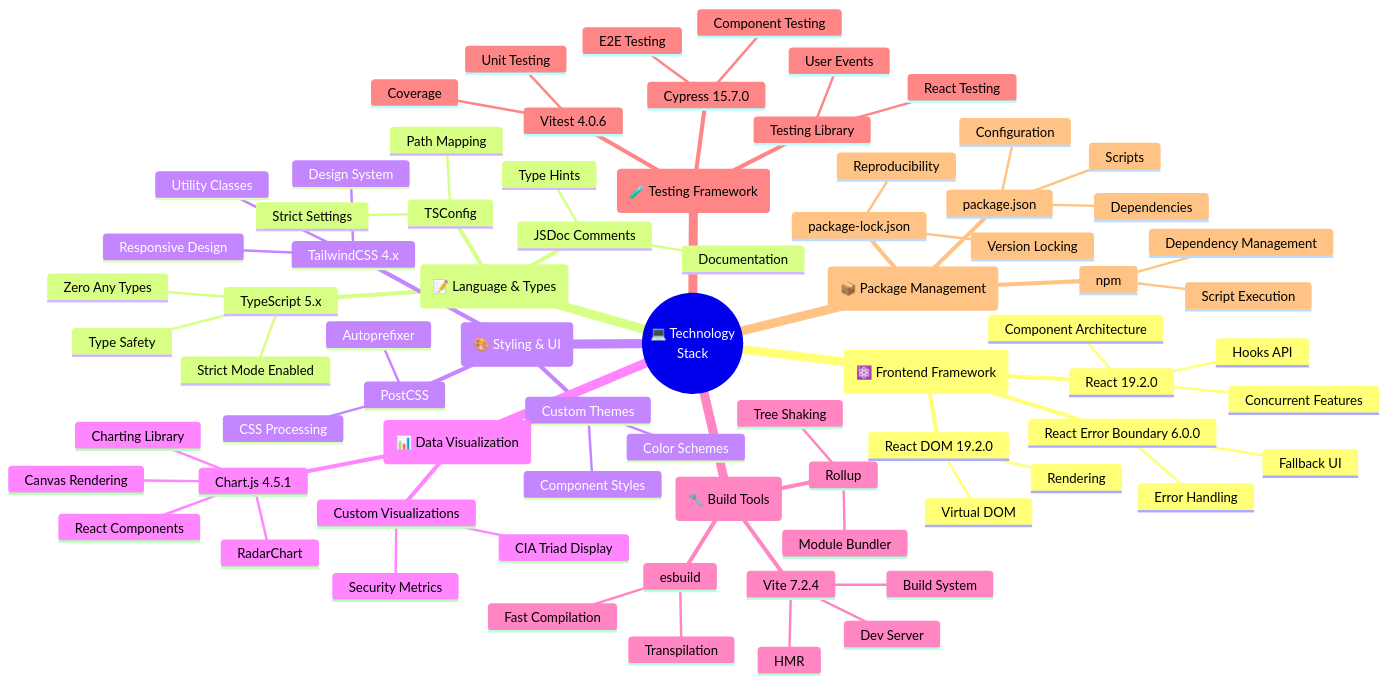
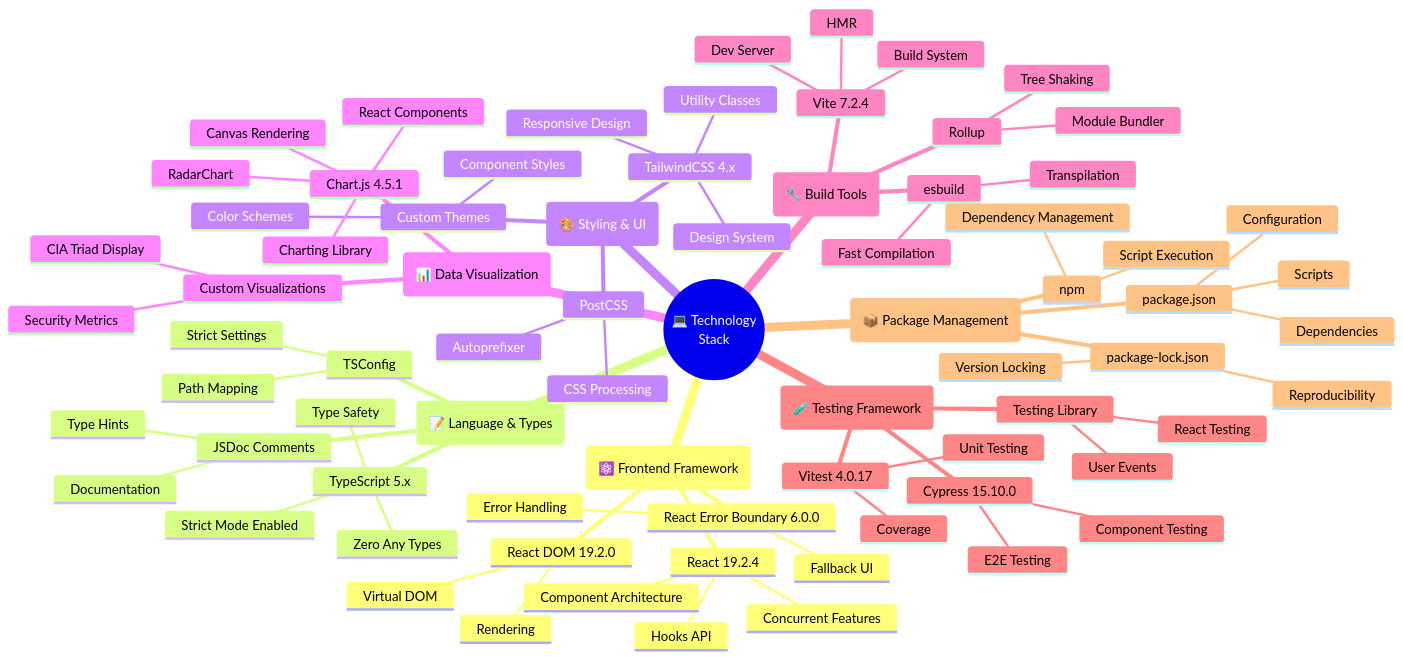
One commit to Hack23/cia-compliance-manager changed the eighth of 13 diagrams in docs/architecture/MINDMAP.md. Above: the diagram before and after it, drawn with Mermaid. The commit also changed other lines of this file and 7 other files, not shown here.

Commit message:
Update versions and dates across MINDMAP, THREAT_MODEL, WORKFLOWS, FLOWCHART, STATEDIAGRAM, DATA_MODEL, SECURITY_ARCHITECTURE, CRA-ASSESSMENT

````diff
--- a/docs/architecture/MINDMAP.md
+++ b/docs/architecture/MINDMAP.md
@@ -697,78 +697,78 @@
 ```mermaid
 mindmap
   root((💻 Technology<br/>Stack))
     (⚛️ Frontend Framework)
-      React 19.2.0
+      React 19.2.4
         Component Architecture
         Hooks API
         Concurrent Features
       React DOM 19.2.0
         Virtual DOM
         Rendering
       React Error Boundary 6.0.0
         Error Handling
         Fallback UI
     (📝 Language & Types)
       TypeScript 5.x
         Strict Mode Enabled
         Zero Any Types
         Type Safety
       JSDoc Comments
         Documentation
         Type Hints
       TSConfig
         Strict Settings
         Path Mapping
     (🎨 Styling & UI)
       TailwindCSS 4.x
         Utility Classes
         Design System
         Responsive Design
       PostCSS
         CSS Processing
         Autoprefixer
       Custom Themes
         Color Schemes
         Component Styles
     (📊 Data Visualization)
       Chart.js 4.5.1
         Charting Library
         Canvas Rendering
         React Components
         RadarChart
       Custom Visualizations
         CIA Triad Display
         Security Metrics
     (🔧 Build Tools)
       Vite 7.2.4
         Dev Server
         Build System
         HMR
       Rollup
         Module Bundler
         Tree Shaking
       esbuild
         Fast Compilation
         Transpilation
     (🧪 Testing Framework)
-      Vitest 4.0.6
+      Vitest 4.0.17
         Unit Testing
         Coverage
-      Cypress 15.7.0
+      Cypress 15.10.0
         E2E Testing
         Component Testing
       Testing Library
         React Testing
         User Events
     (📦 Package Management)
       npm
         Dependency Management
         Script Execution
       package.json
         Dependencies
         Scripts
         Configuration
       package-lock.json
         Version Locking
         Reproducibility
 ```
````
